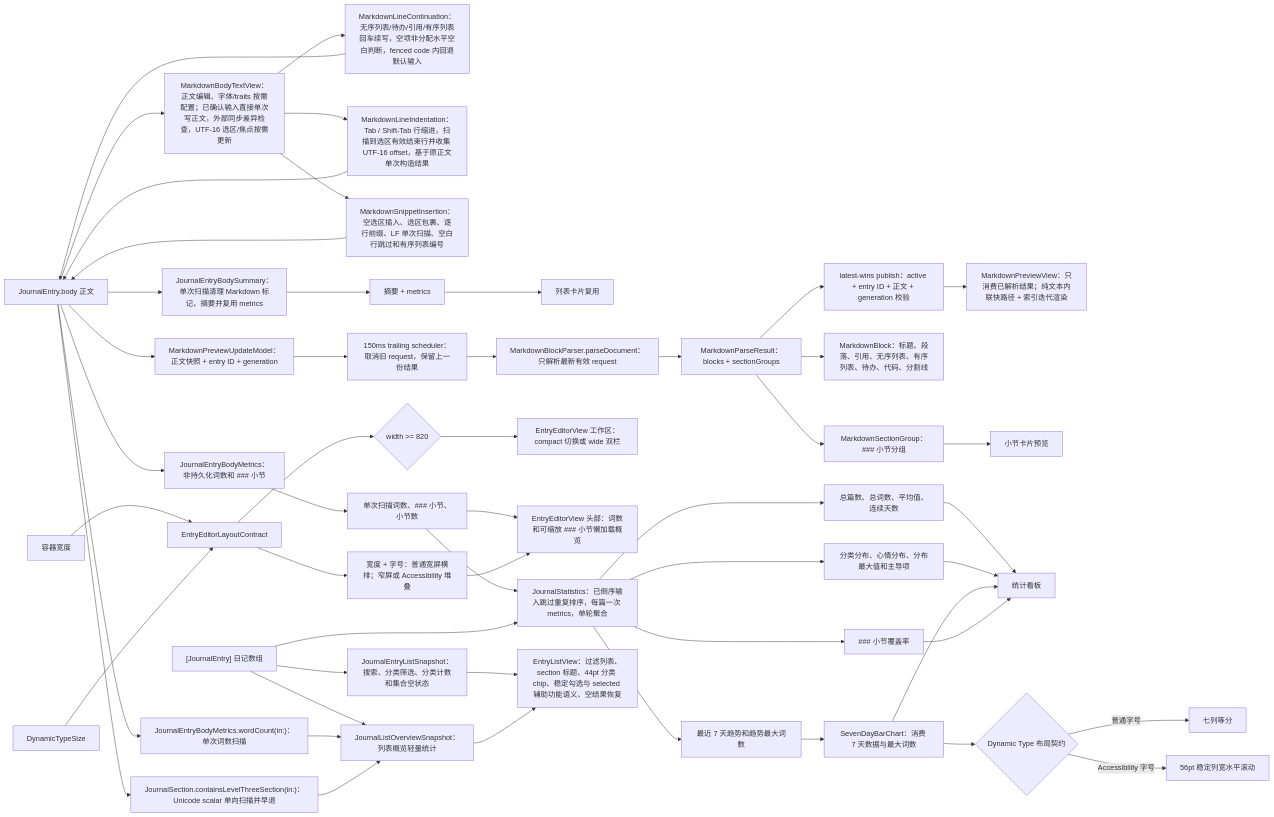
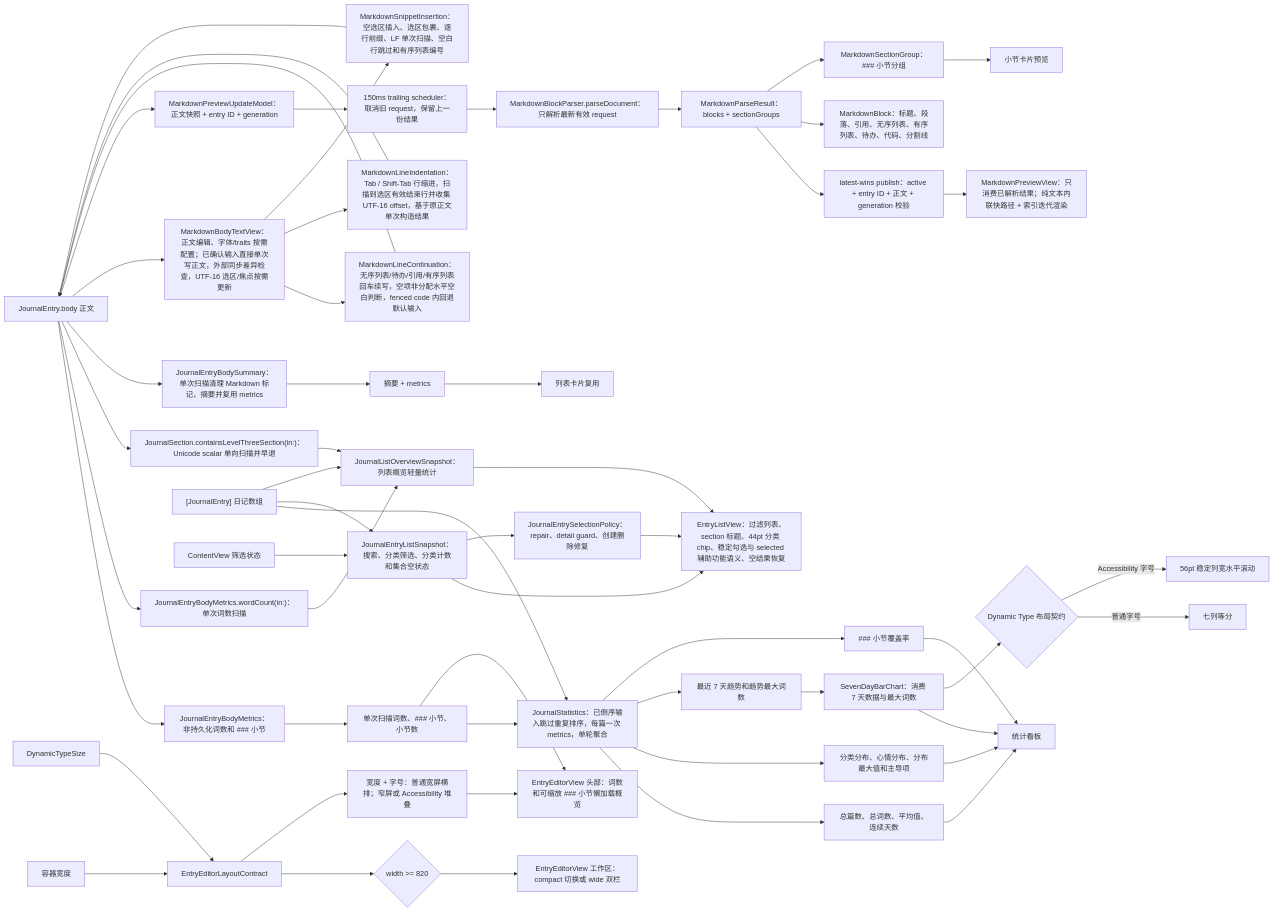
The fourth of 6 diagrams in md/flow/flowchart.md (Altman-sam114/117), drawn with Mermaid before and after one commit. The commit also changed other lines of this file and 11 other files, not shown here.

````diff
--- a/md/flow/flowchart.md
+++ b/md/flow/flowchart.md
@@ -160,53 +166,56 @@
 ```mermaid
 flowchart LR
   Body["JournalEntry.body 正文"] --> MetricsNode2["JournalEntryBodyMetrics：非持久化词数和 ### 小节"]
   Body --> OverviewWordCount["JournalEntryBodyMetrics.wordCount(in:)：单次词数扫描"]
   Body --> SectionPresence2["JournalSection.containsLevelThreeSection(in:)：Unicode scalar 单向扫描并早退"]
   Body --> Summary["JournalEntryBodySummary：单次扫描清理 Markdown 标记，摘要并复用 metrics"]
   Body --> BodyText["MarkdownBodyTextView：正文编辑、字体/traits 按需配置；已确认输入直接单次写正文，外部同步差异检查，UTF-16 选区/焦点按需更新"]
   BodyText --> ContinueRule["MarkdownLineContinuation：无序列表/待办/引用/有序列表回车续写，空项非分配水平空白判断，fenced code 内回退默认输入"]
   ContinueRule --> Body
   BodyText --> IndentRule["MarkdownLineIndentation：Tab / Shift-Tab 行缩进，扫描到选区有效结束行并收集 UTF-16 offset，基于原正文单次构造结果"]
   IndentRule --> Body
   BodyText --> InsertRule["MarkdownSnippetInsertion：空选区插入、选区包裹、逐行前缀、LF 单次扫描、空白行跳过和有序列表编号"]
   InsertRule --> Body
   MetricsNode2 --> MetricsData["单次扫描词数、### 小节、小节数"]
   Summary --> Excerpt["摘要 + metrics"]
   Excerpt --> RowEditor["列表卡片复用"]
   MetricsData --> Statistics["JournalStatistics：已倒序输入跳过重复排序，每篇一次 metrics，单轮聚合"]
   EditorWidth["容器宽度"] --> EditorLayout["EntryEditorLayoutContract"]
   EditorTypeSize["DynamicTypeSize"] --> EditorLayout
   EditorLayout --> WorkspaceDecision{"width >= 820"}
   WorkspaceDecision --> EditorWorkspace["EntryEditorView 工作区：compact 切换或 wide 双栏"]
   EditorLayout --> HeaderDecision["宽度 + 字号：普通宽屏横排；窄屏或 Accessibility 堆叠"]
   MetricsData --> EditorHeader["EntryEditorView 头部：词数和可缩放 ### 小节懒加载概览"]
   HeaderDecision --> EditorHeader
   Body --> PreviewRequest["MarkdownPreviewUpdateModel：正文快照 + entry ID + generation"]
   PreviewRequest --> PreviewScheduler["150ms trailing scheduler：取消旧 request，保留上一份结果"]
   PreviewScheduler --> Parse["MarkdownBlockParser.parseDocument：只解析最新有效 request"]
   Parse --> Result["MarkdownParseResult：blocks + sectionGroups"]
   Result --> LatestWins["latest-wins publish：active + entry ID + 正文 + generation 校验"]
   Result --> Blocks["MarkdownBlock：标题、段落、引用、无序列表、有序列表、待办、代码、分割线"]
   LatestWins --> Preview["MarkdownPreviewView：只消费已解析结果；纯文本内联快路径 + 索引迭代渲染"]
   Result --> Sections["MarkdownSectionGroup：### 小节分组"]
   Sections --> SectionPreview["小节卡片预览"]
   Entries["[JournalEntry] 日记数组"] --> Statistics
-  Entries --> ListSnapshot2["JournalEntryListSnapshot：搜索、分类筛选、分类计数和集合空状态"]
+  FilterState2["ContentView 筛选状态"] --> ListSnapshot2["JournalEntryListSnapshot：搜索、分类筛选、分类计数和集合空状态"]
+  Entries --> ListSnapshot2
   ListSnapshot2 --> ListView["EntryListView：过滤列表、section 标题、44pt 分类 chip、稳定勾选与 selected 辅助功能语义、空结果恢复"]
+  ListSnapshot2 --> SelectionPolicy2["JournalEntrySelectionPolicy：repair、detail guard、创建删除修复"]
+  SelectionPolicy2 --> ListView
   Entries --> ListOverview2["JournalListOverviewSnapshot：列表概览轻量统计"]
   OverviewWordCount --> ListOverview2
   SectionPresence2 --> ListOverview2
   ListOverview2 --> ListView
   Statistics --> Metrics["总篇数、总词数、平均值、连续天数"]
   Statistics --> Distributions["分类分布、心情分布、分布最大值和主导项"]
   Statistics --> Trend["最近 7 天趋势和趋势最大词数"]
   Statistics --> Coverage["### 小节覆盖率"]
   Metrics --> Dashboard["统计看板"]
   Distributions --> Dashboard
   Trend --> TrendChart["SevenDayBarChart：消费 7 天数据与最大词数"]
   TrendChart --> Dashboard
   TrendChart --> TrendLayout2{"Dynamic Type 布局契约"}
   TrendLayout2 -- "普通字号" --> EqualTrend2["七列等分"]
   TrendLayout2 -- "Accessibility 字号" --> ScrollingTrend2["56pt 稳定列宽水平滚动"]
   Coverage --> Dashboard
 ```
````
